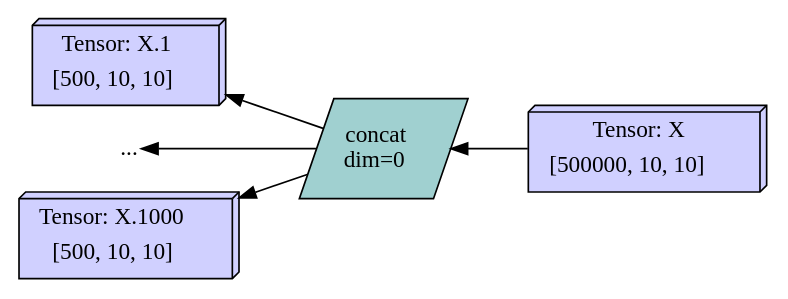
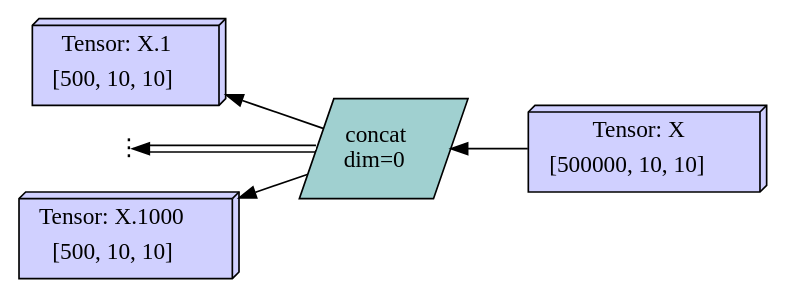
The third of 55 diagrams in source/Tapestry/index.md (crutcher/crutcher.github.io-source), drawn with Graphviz before and after one commit.

Commit message:
vertical ellipse

````diff
--- a/source/Tapestry/index.md
+++ b/source/Tapestry/index.md
@@ -546,51 +546,51 @@
 ```graphviz
 digraph G {
   rankdir=RL;
   
   X1 [
      label=<
        <table border="0">
          <tr><td>Tensor: X.1</td></tr>
          <tr><td>[500, 10, 10]</td></tr>
          </table>
      >,
      shape=box3d, fillcolor="#d0d0ff", style=filled];
-  E [label="...", shape=plain];
+  E [label="⋮", shape=plain];
   X1000 [
      label=<
        <table border="0">
          <tr><td>Tensor: X.1000</td></tr>
          <tr><td>[500, 10, 10]</td></tr>
          </table>
      >,
      shape=box3d, fillcolor="#d0d0ff", style=filled];
   X [
      label=<
        <table border="0">
          <tr><td>Tensor: X</td></tr>
          <tr><td>[500000, 10, 10]</td></tr>
          </table>
      >,
      shape=box3d, fillcolor="#d0d0ff", style=filled];
      
   S [
     label=<
        <table border="0" cellspacing="0" cellpadding="0">
          <tr><td>concat</td></tr>
          <tr><td>dim=0</td></tr>
          </table>
     >,
     margin=0,
     shape=parallelogram,
     style=filled,
     fillcolor="#a0d0d0",
     color=black,
   ];
   
   S -> X1;
-  S -> E;
+  S -> E [color="black:white:black"];
   S -> X1000;
   
   X -> S;
 }
 ```
````
